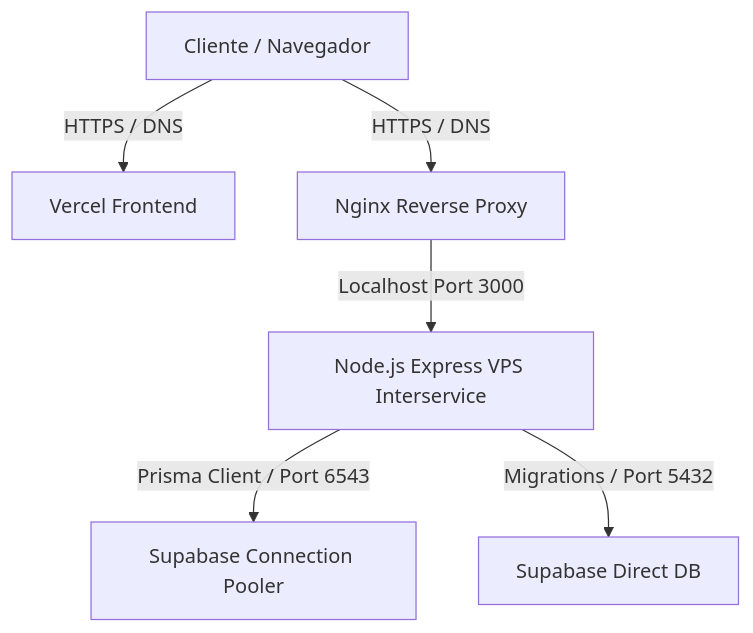
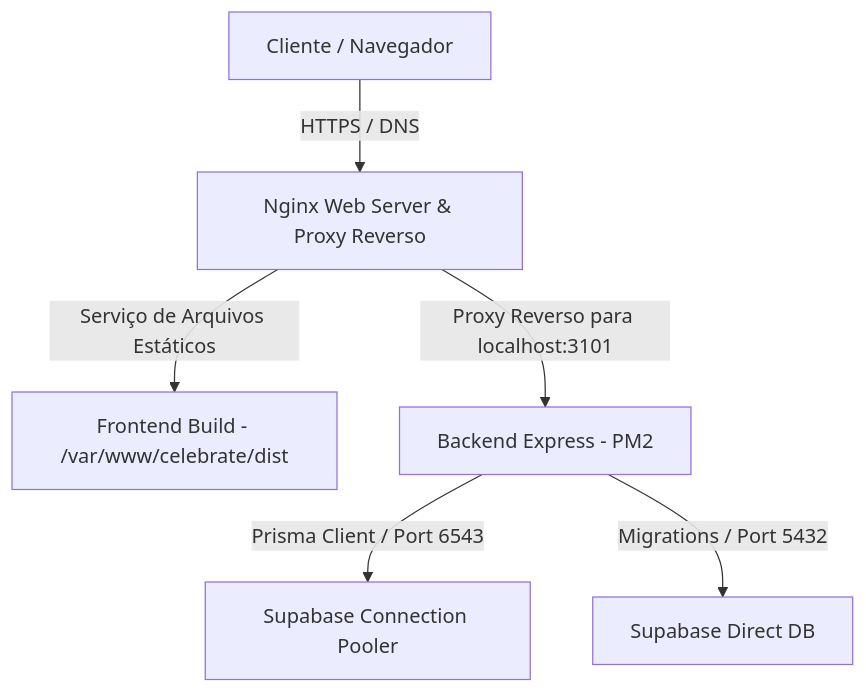
The diagram in DEPLOY_SaaS_PRODUCTION.md (RamonCerqueira/aniversariapp-web), drawn with Mermaid before and after one commit. The commit also changed other lines of this file and 1 other file, not shown here.

Commit message:
docs: update deployment guide for VPS infrastructure and modify vite config to support production proxy paths

````diff
--- a/DEPLOY_SaaS_PRODUCTION.md
+++ b/DEPLOY_SaaS_PRODUCTION.md
@@ -12,8 +9,8 @@
 ```mermaid
 graph TD
-    A[Cliente / Navegador] -->|HTTPS / DNS| B[Vercel Frontend]
-    A -->|HTTPS / DNS| C[Nginx Reverse Proxy]
-    C -->|Localhost Port 3000| D[Node.js Express VPS Interservice]
+    A[Cliente / Navegador] -->|HTTPS / DNS| B[Nginx Web Server & Proxy Reverso]
+    B -->|Serviço de Arquivos Estáticos| C[Frontend Build - /var/www/celebrate/dist]
+    B -->|Proxy Reverso para localhost:3101| D[Backend Express - PM2]
     D -->|Prisma Client / Port 6543| E[Supabase Connection Pooler]
     D -->|Migrations / Port 5432| F[Supabase Direct DB]
 ```
````
